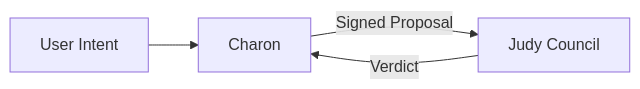
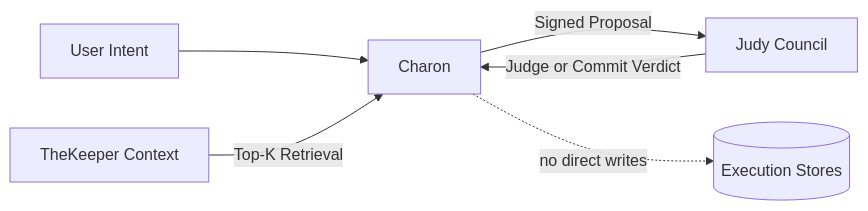
The diagram in README.md (HarpN/Charon), drawn with Mermaid before and after one commit. The commit also changed other lines of this file, not shown here.

Commit message:
docs: refresh architecture role for keeper-first retrieval

````diff
--- a/README.md
+++ b/README.md
@@ -12,6 +14,8 @@
 ```mermaid
 flowchart LR
 		A[User Intent] --> B[Charon]
+		K[TheKeeper Context] -->|Top-K Retrieval| B
 		B -->|Signed Proposal| C[Judy Council]
-		C -->|Verdict| B
+		C -->|Judge or Commit Verdict| B
+		B -.no direct writes.-> D[(Execution Stores)]
 ```
````
